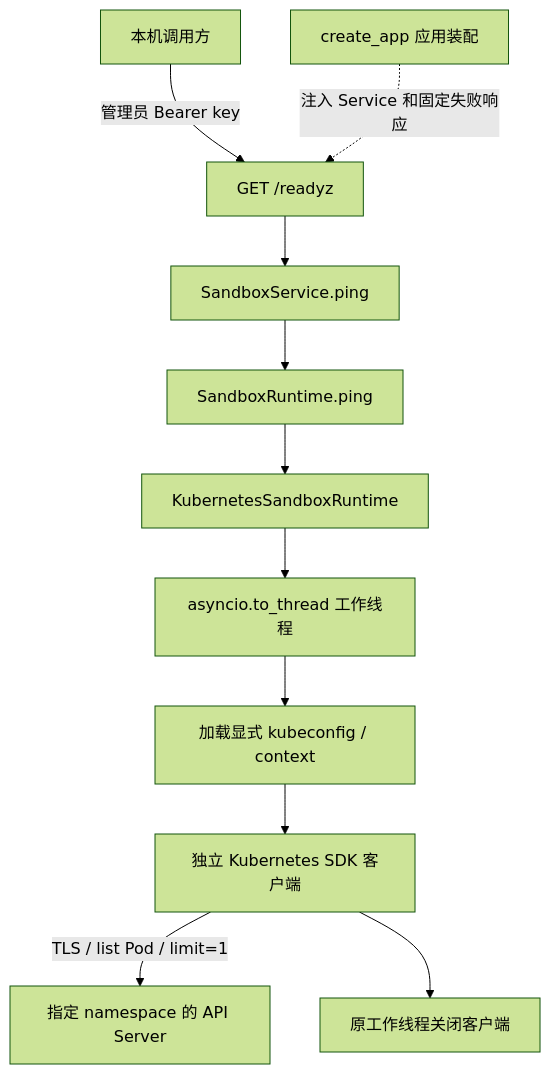
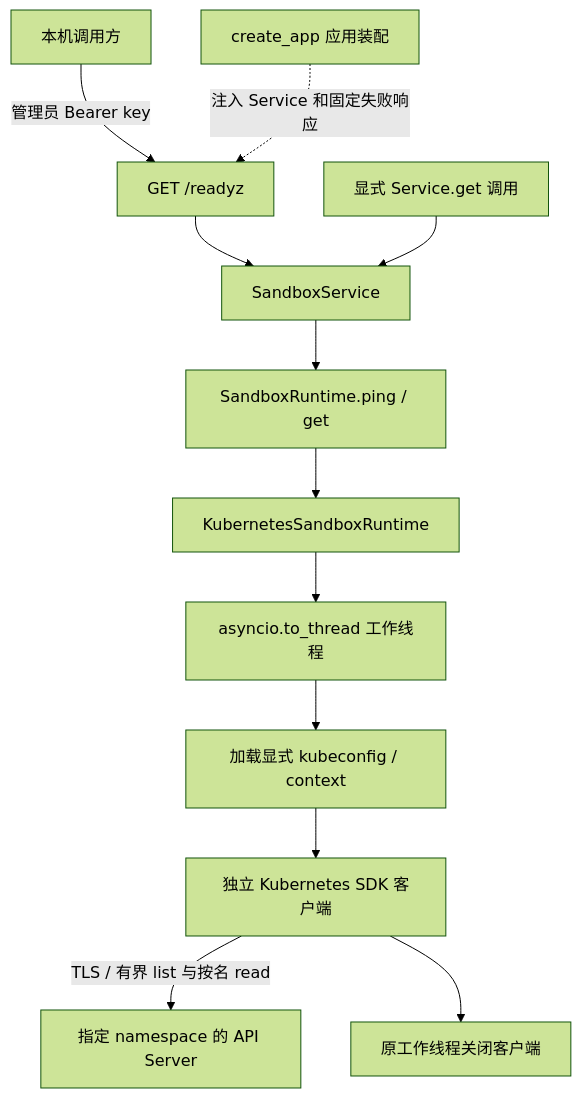
Before and after one commit to nico-hua/agent-sandbox: the diagram in docs/control_plane/kubernetes/DESIGN.md, drawn with Mermaid (forest theme). The commit also changed other lines of this file and 12 other files, not shown here.

Commit message:
feat(runtime): query managed Kubernetes sandbox Pods

````diff
--- a/docs/control_plane/kubernetes/DESIGN.md
+++ b/docs/control_plane/kubernetes/DESIGN.md
@@ -19,13 +20,14 @@
 ```mermaid
 flowchart TD
     Caller[本机调用方] -->|管理员 Bearer key| API[GET /readyz]
     App[create_app 应用装配] -. 注入 Service 和固定失败响应 .-> API
-    API --> Service[SandboxService.ping]
-    Service --> Contract[SandboxRuntime.ping]
+    API --> Service[SandboxService]
+    Query[显式 Service.get 调用] --> Service
+    Service --> Contract[SandboxRuntime.ping / get]
     Contract --> Runtime[KubernetesSandboxRuntime]
     Runtime --> Worker[asyncio.to_thread 工作线程]
     Worker --> Config[加载显式 kubeconfig / context]
     Config --> SDK[独立 Kubernetes SDK 客户端]
-    SDK -->|TLS / list Pod / limit=1| Cluster[指定 namespace 的 API Server]
+    SDK -->|TLS / 有界 list 与按名 read| Cluster[指定 namespace 的 API Server]
     SDK --> Close[原工作线程关闭客户端]
 ```
````
